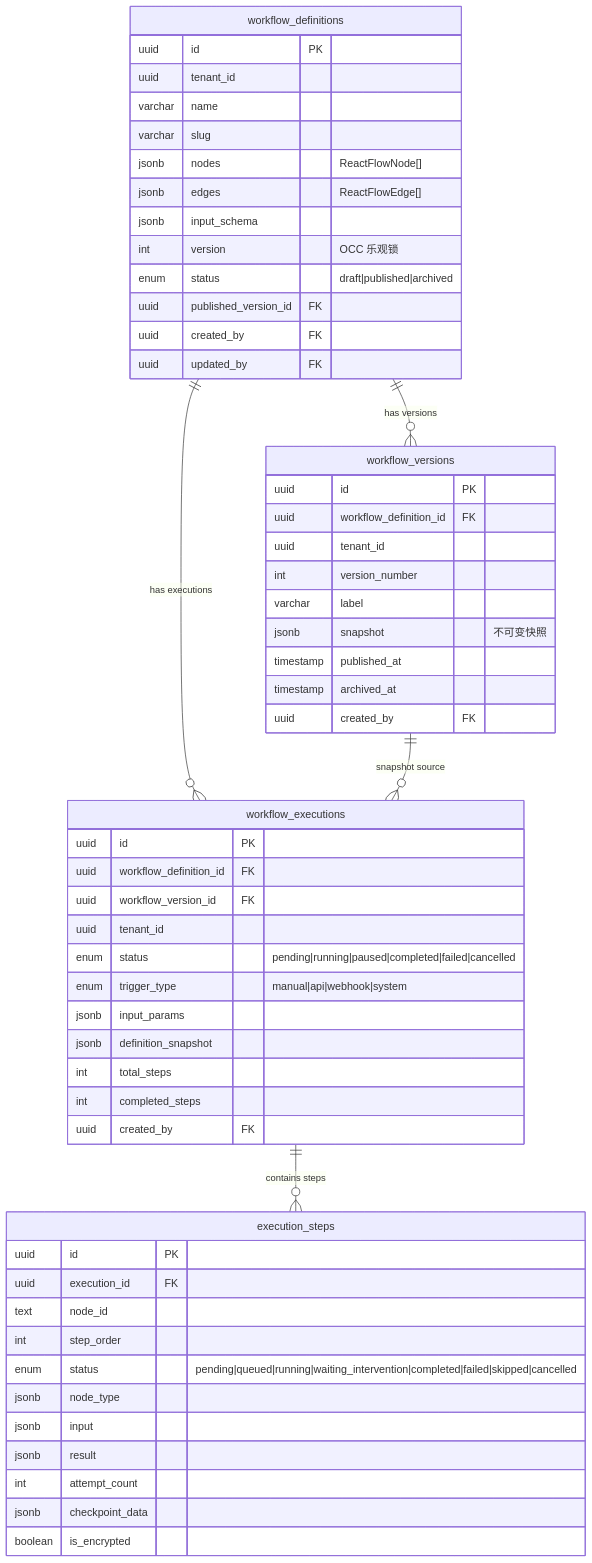
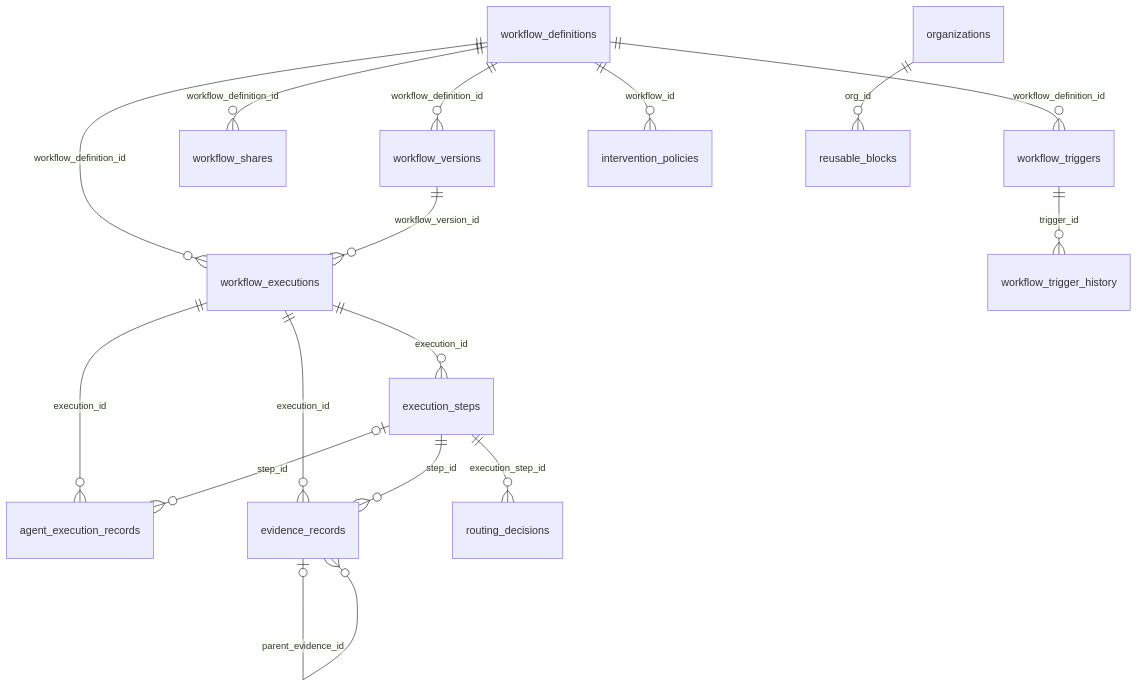
The second of 8 diagrams in agentloom-docs/dev/server/database.md (Lynricsy/AgentLoom), drawn with Mermaid before and after one commit. The commit also changed other lines of this file and 10 other files, not shown here.

````diff
--- a/agentloom-docs/dev/server/database.md
+++ b/agentloom-docs/dev/server/database.md
@@ -136,62 +54,18 @@
 ```mermaid
 erDiagram
-    workflow_definitions {
-        uuid id PK
-        uuid tenant_id
-        varchar name
-        varchar slug
-        jsonb nodes "ReactFlowNode[]"
-        jsonb edges "ReactFlowEdge[]"
-        jsonb input_schema
-        int version "OCC 乐观锁"
-        enum status "draft|published|archived"
-        uuid published_version_id FK
-        uuid created_by FK
-        uuid updated_by FK
-    }
-
-    workflow_versions {
-        uuid id PK
-        uuid workflow_definition_id FK
-        uuid tenant_id
-        int version_number
-        varchar label
-        jsonb snapshot "不可变快照"
-        timestamp published_at
-        timestamp archived_at
-        uuid created_by FK
-    }
-
-    workflow_executions {
-        uuid id PK
-        uuid workflow_definition_id FK
-        uuid workflow_version_id FK
-        uuid tenant_id
-        enum status "pending|running|paused|completed|failed|cancelled"
-        enum trigger_type "manual|api|webhook|system"
-        jsonb input_params
-        jsonb definition_snapshot
-        int total_steps
-        int completed_steps
-        uuid created_by FK
-    }
-
-    execution_steps {
-        uuid id PK
-        uuid execution_id FK
-        text node_id
-        int step_order
-        enum status "pending|queued|running|waiting_intervention|completed|failed|skipped|cancelled"
-        jsonb node_type
-        jsonb input
-        jsonb result
-        int attempt_count
-        jsonb checkpoint_data
-        boolean is_encrypted
-    }
-
-    workflow_definitions ||--o{ workflow_versions : "has versions"
-    workflow_definitions ||--o{ workflow_executions : "has executions"
-    workflow_executions ||--o{ execution_steps : "contains steps"
-    workflow_versions ||--o{ workflow_executions : "snapshot source"
+    workflow_definitions ||--o{ workflow_versions : "workflow_definition_id"
+    workflow_definitions ||--o{ workflow_executions : "workflow_definition_id"
+    workflow_versions ||--o{ workflow_executions : "workflow_version_id"
+    workflow_executions ||--o{ execution_steps : "execution_id"
+    workflow_executions ||--o{ agent_execution_records : "execution_id"
+    execution_steps |o--o{ agent_execution_records : "step_id"
+    workflow_executions ||--o{ evidence_records : "execution_id"
+    execution_steps ||--o{ evidence_records : "step_id"
+    evidence_records |o--o{ evidence_records : "parent_evidence_id"
+    execution_steps ||--o{ routing_decisions : "execution_step_id"
+    workflow_definitions ||--o{ workflow_shares : "workflow_definition_id"
+    workflow_definitions ||--o{ workflow_triggers : "workflow_definition_id"
+    workflow_triggers ||--o{ workflow_trigger_history : "trigger_id"
+    workflow_definitions ||--o{ intervention_policies : "workflow_id"
+    organizations ||--o{ reusable_blocks : "org_id"
 ```
````
